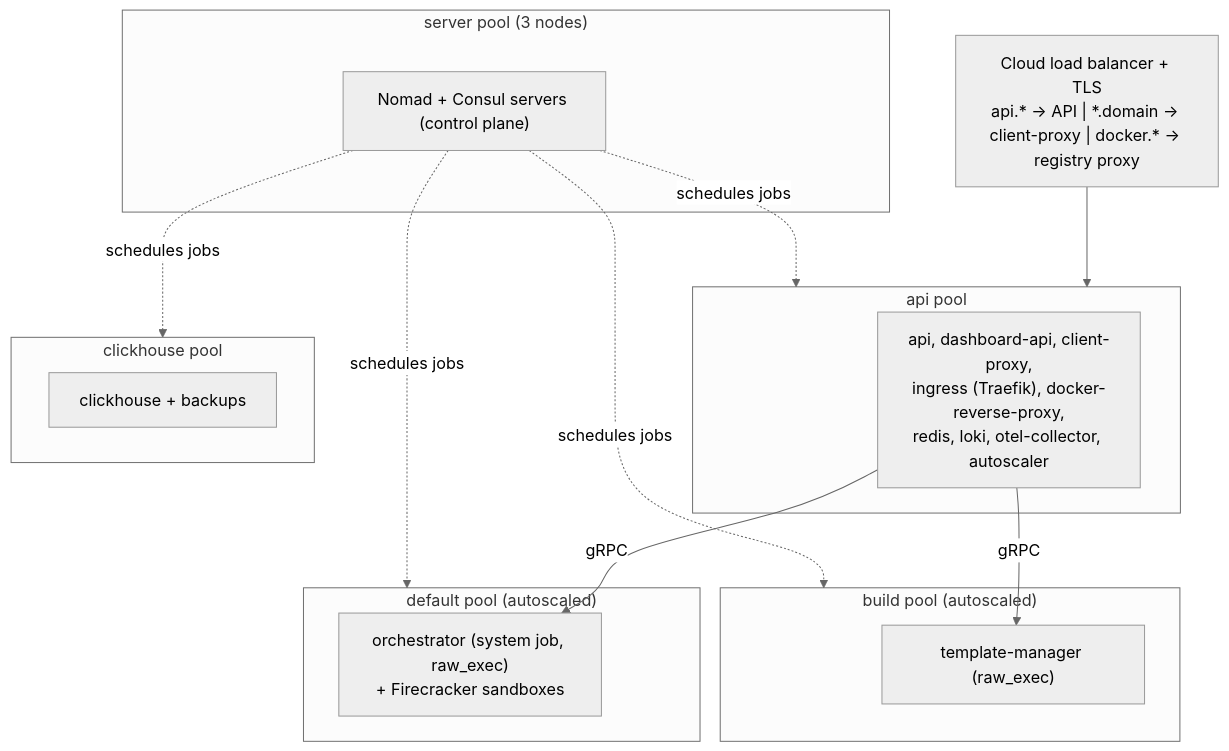
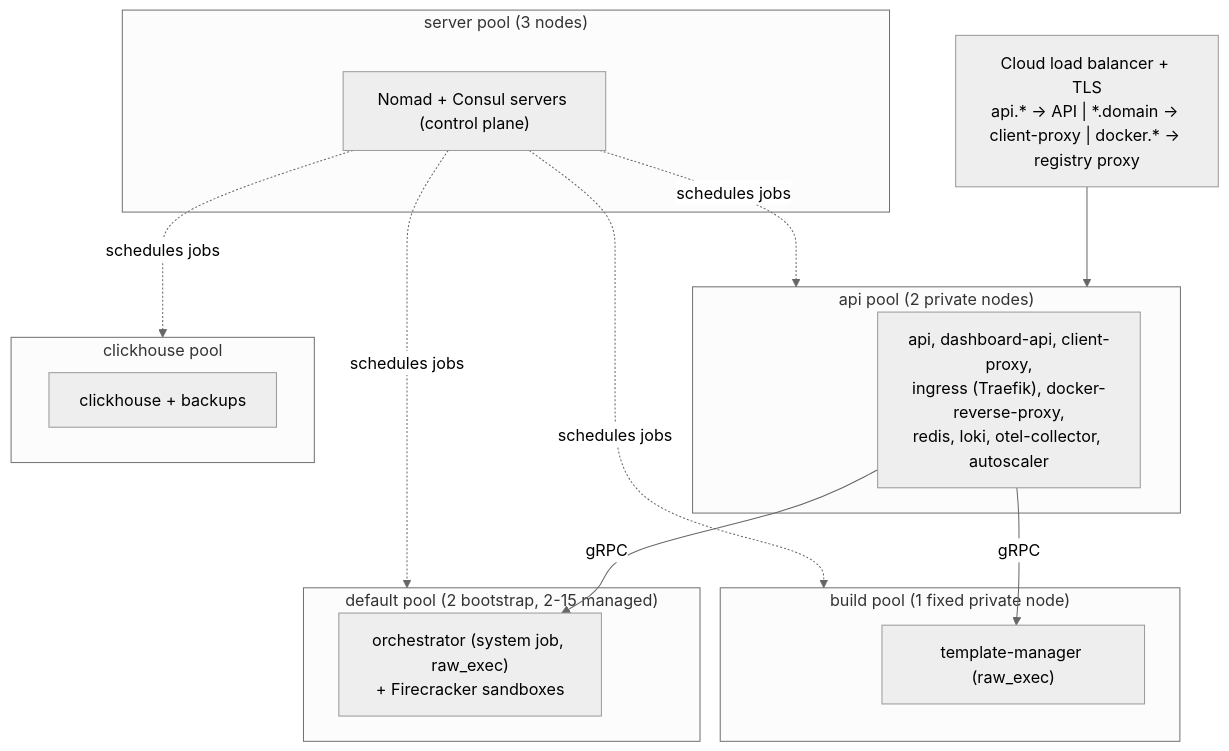
One commit to e2b-dev/infra changed the fifth of 5 diagrams in docs/ARCHITECTURE.md. Above: the diagram before and after it, drawn with Mermaid (neutral theme). The commit also changed other lines of this file and 22 other files, not shown here.

````diff
--- a/docs/ARCHITECTURE.md
+++ b/docs/ARCHITECTURE.md
@@ -368,24 +368,24 @@
 ```mermaid
 flowchart TB
     LB["Cloud load balancer + TLS<br/>api.* → API | *.domain → client-proxy | docker.* → registry proxy"]
 
     subgraph servers["server pool (3 nodes)"]
         NS["Nomad + Consul servers (control plane)"]
     end
-    subgraph apipool["api pool"]
+    subgraph apipool["api pool (2 private nodes)"]
         AJ["api, dashboard-api, client-proxy,<br/>ingress (Traefik), docker-reverse-proxy,<br/>redis, loki, otel-collector, autoscaler"]
     end
-    subgraph clientpool["default pool (autoscaled)"]
+    subgraph clientpool["default pool (2 bootstrap, 2-15 managed)"]
         OJ["orchestrator (system job, raw_exec)<br/>+ Firecracker sandboxes"]
     end
-    subgraph buildpool["build pool (autoscaled)"]
+    subgraph buildpool["build pool (1 fixed private node)"]
         TJ["template-manager (raw_exec)"]
     end
     subgraph chpool["clickhouse pool"]
         CJ["clickhouse + backups"]
     end
 
     LB --> apipool
     AJ -->|gRPC| OJ & TJ
     NS -.->|schedules jobs| apipool & clientpool & buildpool & chpool
 ```
````
